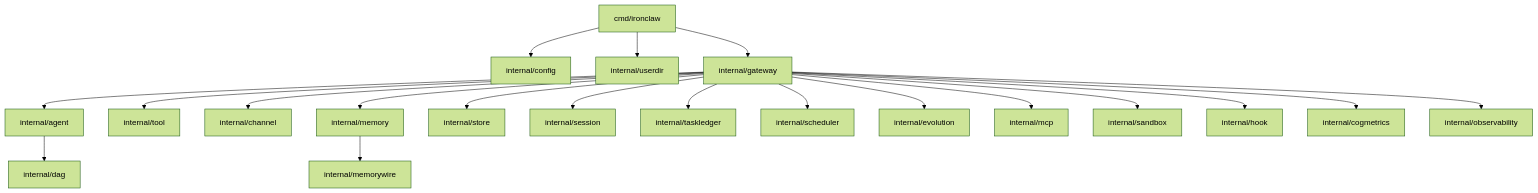
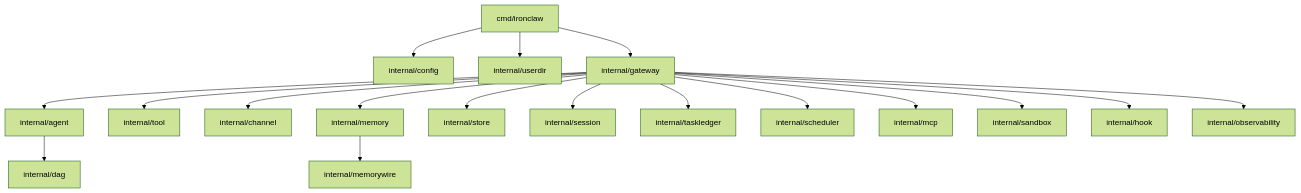
The diagram in docs/12-package-inventory.md (Forest-Isle/daimon), drawn with Mermaid (forest theme) before and after one commit. The commit also changed other lines of this file and 102 other files, not shown here.

First line of the commit message:
refactor: remove evolution, cogmetrics, web/studio, stale knowledge refs

````diff
--- a/docs/12-package-inventory.md
+++ b/docs/12-package-inventory.md
@@ -83,24 +80,22 @@
 ```mermaid
 flowchart TB
     CMD[cmd/ironclaw] --> Config[internal/config]
     CMD --> UserDir[internal/userdir]
     CMD --> Gateway[internal/gateway]
 
     Gateway --> Agent[internal/agent]
     Gateway --> Tool[internal/tool]
     Gateway --> Channel[internal/channel]
     Gateway --> Memory[internal/memory]
     Gateway --> Store[internal/store]
     Gateway --> Session[internal/session]
     Gateway --> Task[internal/taskledger]
     Gateway --> Scheduler[internal/scheduler]
-    Gateway --> Evolution[internal/evolution]
     Gateway --> MCP[internal/mcp]
     Gateway --> Sandbox[internal/sandbox]
     Gateway --> Hook[internal/hook]
-    Gateway --> Cog[internal/cogmetrics]
     Gateway --> Obs[internal/observability]
 
     Agent --> DAG[internal/dag]
     Memory --> Memorywire[internal/memorywire]
 ```
````
